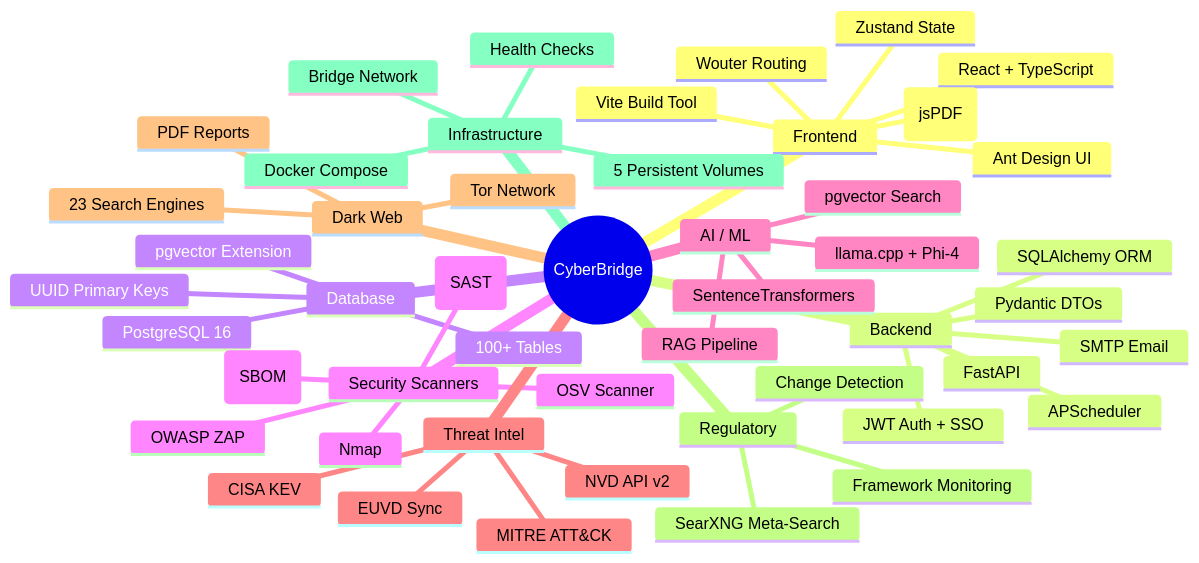
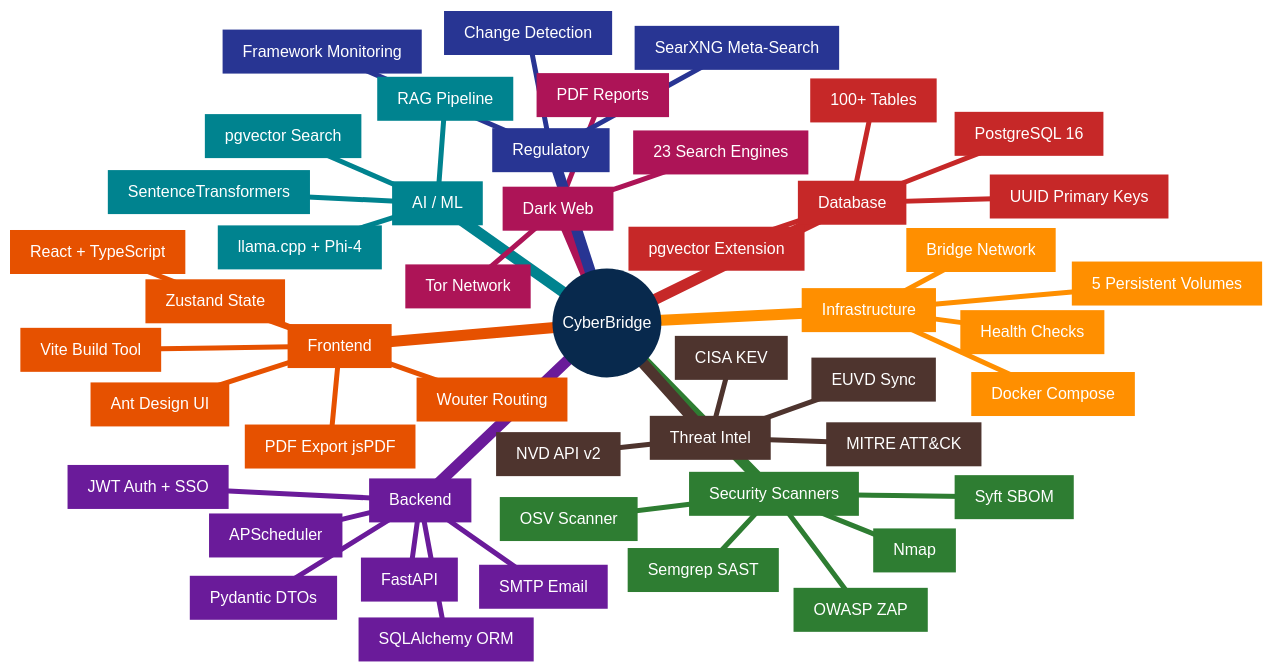
One commit to CyberBridgeEU/cyberbridge changed the ninth of 9 diagrams in docs/architecture-diagram.md. Above: the diagram before and after it, drawn with Mermaid. The commit also changed other lines of this file and 2 other files, not shown here.

First line of the commit message:
Docs: Add requirements spec, Clone Systems attack-response pilot, diagram descriptions

````diff
--- a/docs/architecture-diagram.md
+++ b/docs/architecture-diagram.md
@@ -430,52 +630,65 @@
 ```mermaid
+%%{init: {'theme':'base', 'themeVariables': {
+  'fontFamily':'Helvetica, Arial, sans-serif',
+  'primaryColor':'#1565C0',
+  'primaryTextColor':'#FFFFFF',
+  'primaryBorderColor':'#0D47A1',
+  'lineColor':'#455A64',
+  'cScale0':'#1565C0','cScale1':'#E65100','cScale2':'#6A1B9A','cScale3':'#C62828',
+  'cScale4':'#2E7D32','cScale5':'#00838F','cScale6':'#4E342E','cScale7':'#AD1457',
+  'cScale8':'#283593','cScale9':'#FF8F00',
+  'cScaleLabel0':'#FFFFFF','cScaleLabel1':'#FFFFFF','cScaleLabel2':'#FFFFFF','cScaleLabel3':'#FFFFFF',
+  'cScaleLabel4':'#FFFFFF','cScaleLabel5':'#FFFFFF','cScaleLabel6':'#FFFFFF','cScaleLabel7':'#FFFFFF',
+  'cScaleLabel8':'#FFFFFF','cScaleLabel9':'#FFFFFF'
+}}}%%
 mindmap
   root((CyberBridge))
-    Frontend
-      React + TypeScript
-      Vite Build Tool
-      Ant Design UI
-      Zustand State
-      Wouter Routing
-      PDF Export (jsPDF)
-    Backend
-      FastAPI
-      SQLAlchemy ORM
-      Pydantic DTOs
-      APScheduler
-      JWT Auth + SSO
-      SMTP Email
-    Database
-      PostgreSQL 16
-      pgvector Extension
-      UUID Primary Keys
-      100+ Tables
-    Security Scanners
-      OWASP ZAP
-      Nmap
-      Semgrep (SAST)
-      OSV Scanner
-      Syft (SBOM)
-    AI / ML
-      llama.cpp + Phi-4
-      SentenceTransformers
-      RAG Pipeline
-      pgvector Search
-    Threat Intel
-      MITRE ATT&CK
-      CISA KEV
-      NVD API v2
-      EUVD Sync
-    Dark Web
-      Tor Network
-      23 Search Engines
-      PDF Reports
-    Regulatory
-      SearXNG Meta-Search
-      Framework Monitoring
-      Change Detection
-    Infrastructure
-      Docker Compose
-      Bridge Network
-      5 Persistent Volumes
-      Health Checks
+    [Frontend]
+      [React + TypeScript]
+      [Vite Build Tool]
+      [Ant Design UI]
+      [Zustand State]
+      [Wouter Routing]
+      [PDF Export jsPDF]
+    [Backend]
+      [FastAPI]
+      [SQLAlchemy ORM]
+      [Pydantic DTOs]
+      [APScheduler]
+      [JWT Auth + SSO]
+      [SMTP Email]
+    [Database]
+      [PostgreSQL 16]
+      [pgvector Extension]
+      [UUID Primary Keys]
+      [100+ Tables]
+    [Security Scanners]
+      [OWASP ZAP]
+      [Nmap]
+      [Semgrep SAST]
+      [OSV Scanner]
+      [Syft SBOM]
+    [AI / ML]
+      [llama.cpp + Phi-4]
+      [SentenceTransformers]
+      [RAG Pipeline]
+      [pgvector Search]
+    [Threat Intel]
+      [MITRE ATT&CK]
+      [CISA KEV]
+      [NVD API v2]
+      [EUVD Sync]
+    [Dark Web]
+      [Tor Network]
+      [23 Search Engines]
+      [PDF Reports]
+    [Regulatory]
+      [SearXNG Meta-Search]
+      [Framework Monitoring]
+      [Change Detection]
+    [Infrastructure]
+      [Docker Compose]
+      [Bridge Network]
+      [5 Persistent Volumes]
+      [Health Checks]
 ```
````
